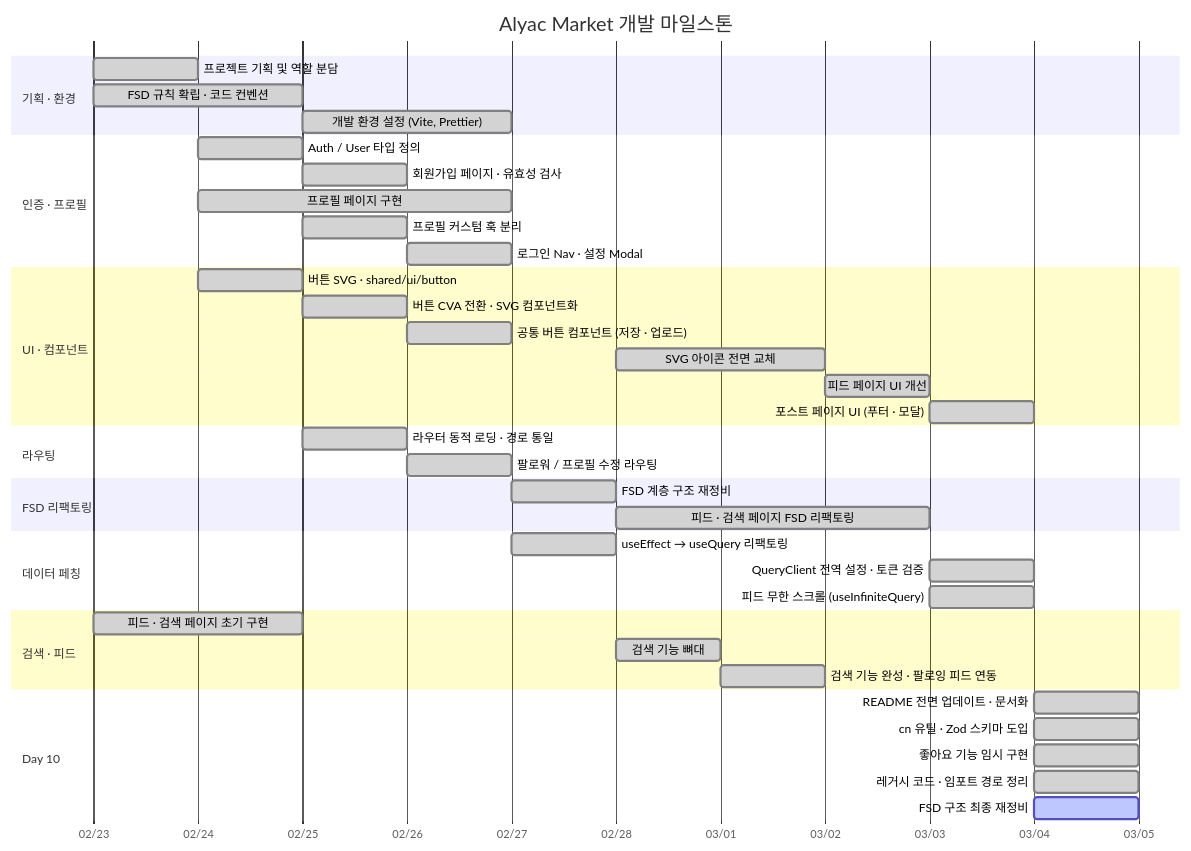
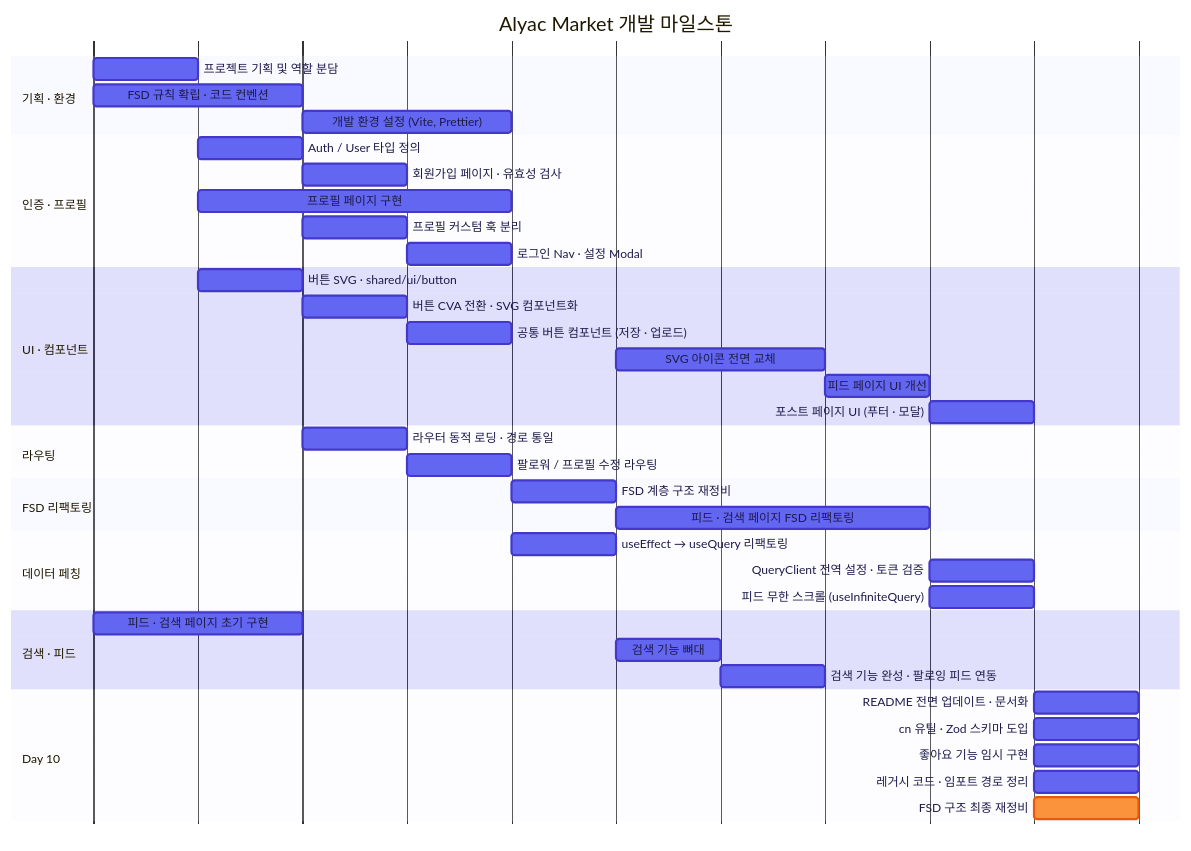
The first of 2 diagrams in README.md (3rd-project-team-1/ALYAC-market-team1), drawn with Mermaid before and after one commit. The commit also changed other lines of this file, not shown here.

Commit message:
docs: readme - 머메이드 색상 고정화

````diff
--- a/README.md
+++ b/README.md
@@ -20,51 +20,70 @@
 ```mermaid
+%%{init: { 'theme': 'base', 'themeVariables': {
+  'primaryColor': '#6366f1',
+  'primaryTextColor': '#ffffff',
+  'primaryBorderColor': '#4338ca',
+  'secondaryColor': '#c7d2fe',
+  'tertiaryColor': '#e0e7ff',
+  'sectionBkgColor': '#e0e7ff',
+  'altSectionBkgColor': '#f5f3ff',
+  'doneTaskBkgColor': '#6366f1',
+  'doneTaskBorderColor': '#4338ca',
+  'activeTaskBkgColor': '#fb923c',
+  'activeTaskBorderColor': '#ea580c',
+  'gridColor': '#c7d2fe',
+  'taskTextColor': '#ffffff',
+  'taskTextDarkColor': '#1e1b4b',
+  'taskTextOutsideColor': '#1e1b4b',
+  'labelColor': '#312e81',
+  'todayLineColor': '#ec4899'
+} } }%%
 gantt
     title Alyac Market 개발 마일스톤
     dateFormat  YYYY-MM-DD
     axisFormat  %m/%d
 
     section 기획 · 환경
     프로젝트 기획 및 역할 분담          :done, d1,   2026-02-23, 1d
     FSD 규칙 확립 · 코드 컨벤션         :done, d1b,  2026-02-23, 2d
     개발 환경 설정 (Vite, Prettier)     :done, d3,   2026-02-25, 2d
 
     section 인증 · 프로필
     Auth / User 타입 정의               :done, d2a,  2026-02-24, 1d
     회원가입 페이지 · 유효성 검사        :done, d3a,  2026-02-25, 1d
     프로필 페이지 구현                   :done, d2b,  2026-02-24, 3d
     프로필 커스텀 훅 분리                :done, d3b,  2026-02-25, 1d
     로그인 Nav · 설정 Modal             :done, d4a,  2026-02-26, 1d
 
     section UI · 컴포넌트
     버튼 SVG · shared/ui/button         :done, d2c,  2026-02-24, 1d
     버튼 CVA 전환 · SVG 컴포넌트화      :done, d3c,  2026-02-25, 1d
     공통 버튼 컴포넌트 (저장 · 업로드)  :done, d4b,  2026-02-26, 1d
     SVG 아이콘 전면 교체                 :done, d6a,  2026-02-28, 2d
     피드 페이지 UI 개선                  :done, d8a,  2026-03-02, 1d
     포스트 페이지 UI (푸터 · 모달)       :done, d9a,  2026-03-03, 1d
 
     section 라우팅
     라우터 동적 로딩 · 경로 통일         :done, d3d,  2026-02-25, 1d
     팔로워 / 프로필 수정 라우팅          :done, d4c,  2026-02-26, 1d
 
     section FSD 리팩토링
     FSD 계층 구조 재정비                 :done, d5a,  2026-02-27, 1d
     피드 · 검색 페이지 FSD 리팩토링     :done, d6b,  2026-02-28, 3d
 
     section 데이터 페칭
     useEffect → useQuery 리팩토링       :done, d5b,  2026-02-27, 1d
     QueryClient 전역 설정 · 토큰 검증   :done, d9b,  2026-03-03, 1d
     피드 무한 스크롤 (useInfiniteQuery) :done, d9c,  2026-03-03, 1d
 
     section 검색 · 피드
     피드 · 검색 페이지 초기 구현         :done, d1c,  2026-02-23, 2d
     검색 기능 뼈대                        :done, d6c,  2026-02-28, 1d
     검색 기능 완성 · 팔로잉 피드 연동    :done, d7a,  2026-03-01, 1d
 
     section Day 10
     README 전면 업데이트 · 문서화        :done,   d10a, 2026-03-04, 1d
     cn 유틸 · Zod 스키마 도입            :done,   d10b, 2026-03-04, 1d
     좋아요 기능 임시 구현                :done,   d10c, 2026-03-04, 1d
     레거시 코드 · 임포트 경로 정리       :done,   d10d, 2026-03-04, 1d
     FSD 구조 최종 재정비                 :active, d10e, 2026-03-04, 1d
 ```
````
